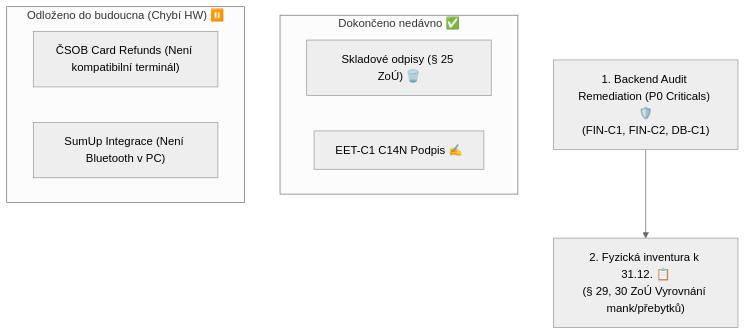
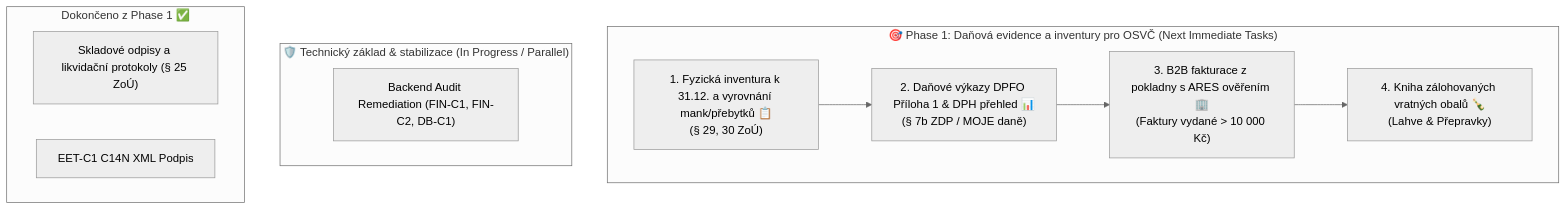
The first of 2 diagrams in docs/ROADMAP.md (MichalKhoa/pos-project), drawn with Mermaid (neutral theme) before and after one commit. The commit also changed other lines of this file, not shown here.

Commit message:
docs(roadmap): prioritize Phase 1 tax and inventory tasks 1.1-1.4

````diff
--- a/docs/ROADMAP.md
+++ b/docs/ROADMAP.md
@@ -14,14 +14,19 @@
 ```mermaid
 graph TD
-    Audit["1. Backend Audit Remediation (P0 Criticals) 🛡️<br/>(FIN-C1, FIN-C2, DB-C1)"] --> Inv["2. Fyzická inventura k 31.12. 📋<br/>(§ 29, 30 ZoÚ Vyrovnání mank/přebytků)"]
-    
-    subgraph DoneItems["Dokončeno nedávno ✅"]
-        D1["Skladové odpisy (§ 25 ZoÚ) 🗑️"]
-        D2["EET-C1 C14N Podpis ✍️"]
+    subgraph P1["🎯 Phase 1: Daňová evidence a inventury pro OSVČ (Next Immediate Tasks)"]
+        T1["1. Fyzická inventura k 31.12. a vyrovnání mank/přebytků 📋<br/>(§ 29, 30 ZoÚ)"]
+        T2["2. Daňové výkazy DPFO Příloha 1 & DPH přehled 📊<br/>(§ 7b ZDP / MOJE daně)"]
+        T3["3. B2B fakturace z pokladny s ARES ověřením 🏢<br/>(Faktury vydané > 10 000 Kč)"]
+        T4["4. Kniha zálohovaných vratných obalů 🍾<br/>(Lahve & Přepravky)"]
+        T1 --> T2 --> T3 --> T4
     end
 
-    subgraph PausedItems["Odloženo do budoucna (Chybí HW) ⏸️"]
-        P1["ČSOB Card Refunds (Není kompatibilní terminál)"]
-        P2["SumUp Integrace (Není Bluetooth v PC)"]
+    subgraph Prereq["🛡️ Technický základ & stabilizace (In Progress / Parallel)"]
+        Audit["Backend Audit Remediation (FIN-C1, FIN-C2, DB-C1)"]
+    end
+
+    subgraph Done["Dokončeno z Phase 1 ✅"]
+        D1["Skladové odpisy a likvidační protokoly (§ 25 ZoÚ)"]
+        D2["EET-C1 C14N XML Podpis"]
     end
 ```
````
